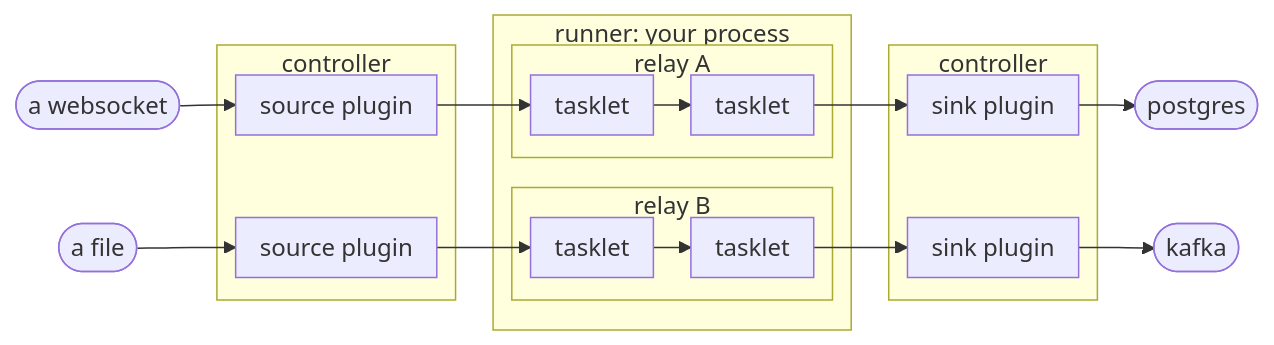
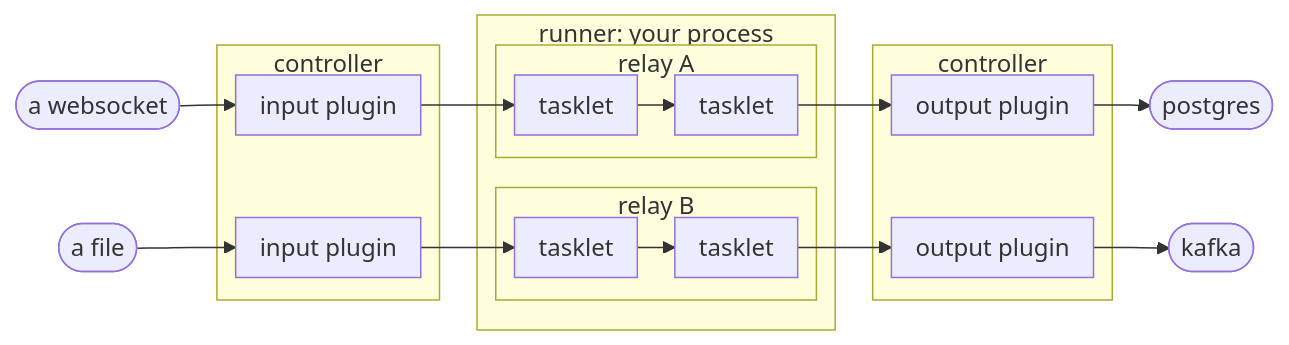
One commit to Flezha/flezha changed the diagram in docs/getting_started/what_is_flezha.md. Above: the diagram before and after it, drawn with Mermaid. The commit also changed other lines of this file and 236 other files, not shown here.

First line of the commit message:
Call a relay's exit an output instead of a sink

````diff
--- a/docs/getting_started/what_is_flezha.md
+++ b/docs/getting_started/what_is_flezha.md
@@ -46,28 +46,28 @@
 ```mermaid
 %%{init: {"flowchart": {"nodeSpacing": 10, "rankSpacing": 25, "padding": 8, "subGraphTitleMargin": {"top": 0, "bottom": 0}}}}%%
 flowchart LR
     W(["a websocket"]) --> S1
     F(["a file"]) --> S2
     subgraph CI["controller"]
-        S1["source plugin"]
-        S2["source plugin"]
+        S1["input plugin"]
+        S2["input plugin"]
     end
     subgraph R["runner: your process"]
         subgraph OA["relay A"]
             A1["tasklet"] --> A2["tasklet"]
         end
         subgraph OB["relay B"]
             B1["tasklet"] --> B2["tasklet"]
         end
     end
     subgraph CO["controller"]
-        K1["sink plugin"]
-        K2["sink plugin"]
+        K1["output plugin"]
+        K2["output plugin"]
     end
     S1 --> A1
     S2 --> B1
     A2 --> K1
     B2 --> K2
     K1 --> P(["postgres"])
     K2 --> KF(["kafka"])
 ```
````
